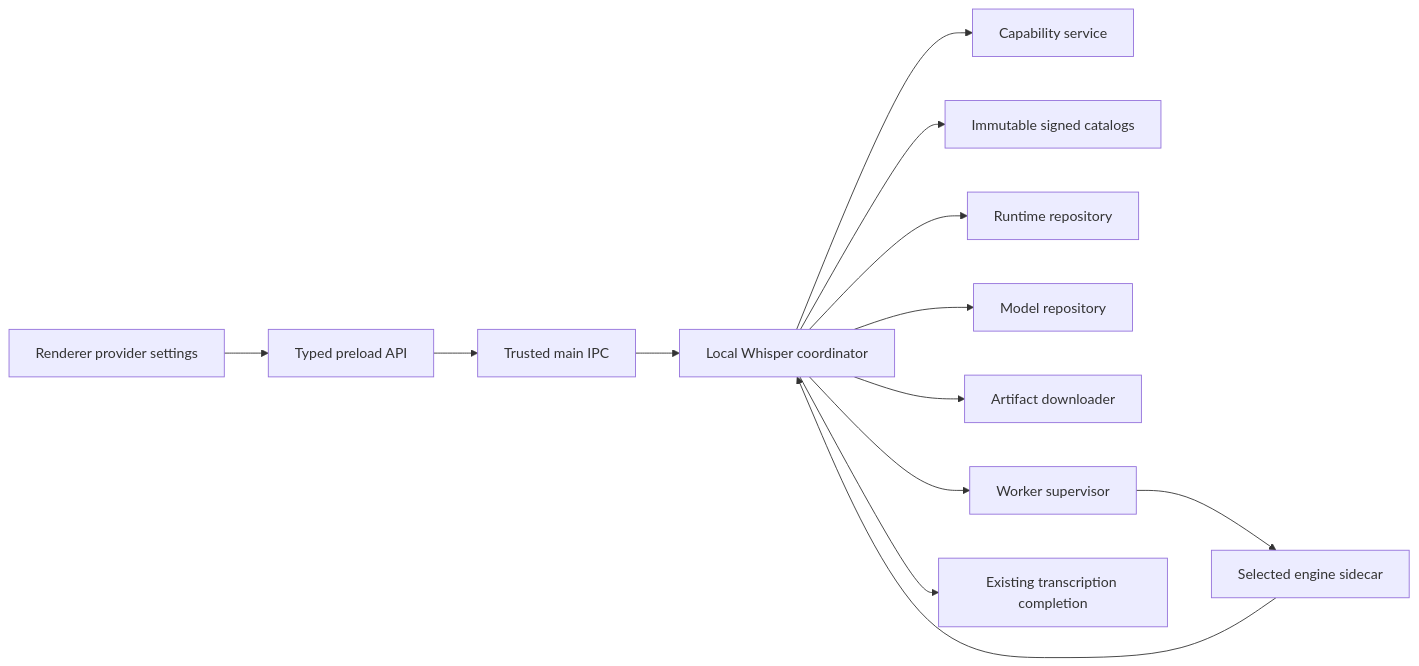
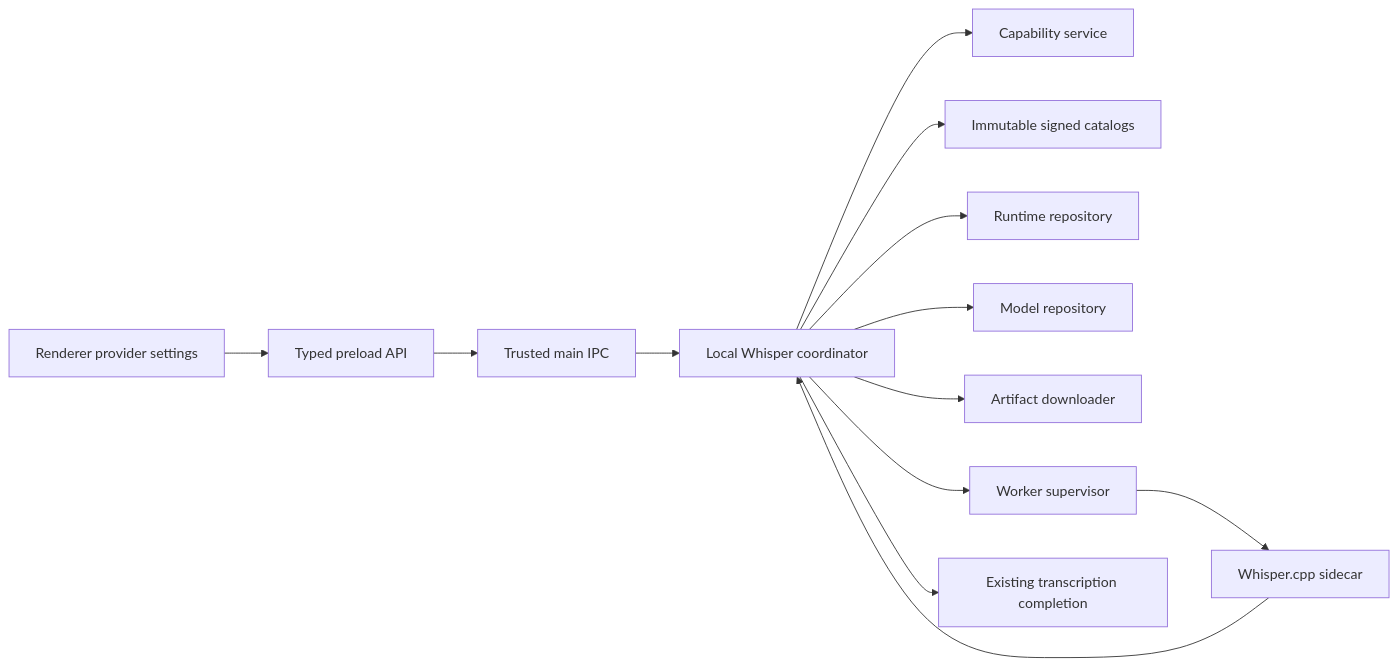
One commit to swimmwatch/gpt-voice changed the diagram in docs/specs/local-whisper/spec.md. Above: the diagram before and after it, drawn with Mermaid. The commit also changed other lines of this file and 23 other files, not shown here.

Commit message:
docs(local-whisper): adopt single-engine plan

````diff
--- a/docs/specs/local-whisper/spec.md
+++ b/docs/specs/local-whisper/spec.md
@@ -158,24 +155,24 @@
 ```mermaid
 flowchart LR
     UI[Renderer provider settings]
     PRELOAD[Typed preload API]
     IPC[Trusted main IPC]
     COORD[Local Whisper coordinator]
     CAP[Capability service]
     CATALOG[Immutable signed catalogs]
     RUNTIME[Runtime repository]
     MODEL[Model repository]
     DOWNLOAD[Artifact downloader]
     SUPERVISOR[Worker supervisor]
-    WORKER[Selected engine sidecar]
+    WORKER[Whisper.cpp sidecar]
     COMPLETE[Existing transcription completion]
 
     UI --> PRELOAD --> IPC --> COORD
     COORD --> CAP
     COORD --> CATALOG
     COORD --> RUNTIME
     COORD --> MODEL
     COORD --> DOWNLOAD
     COORD --> SUPERVISOR --> WORKER
     WORKER --> COORD --> COMPLETE
 ```
````
